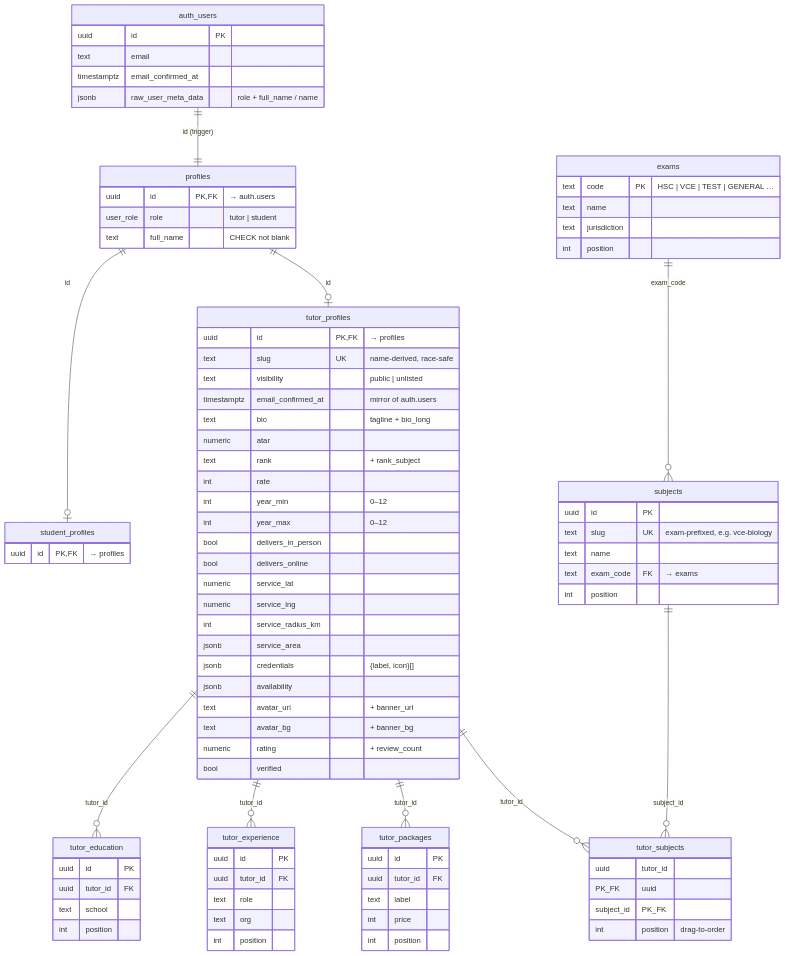
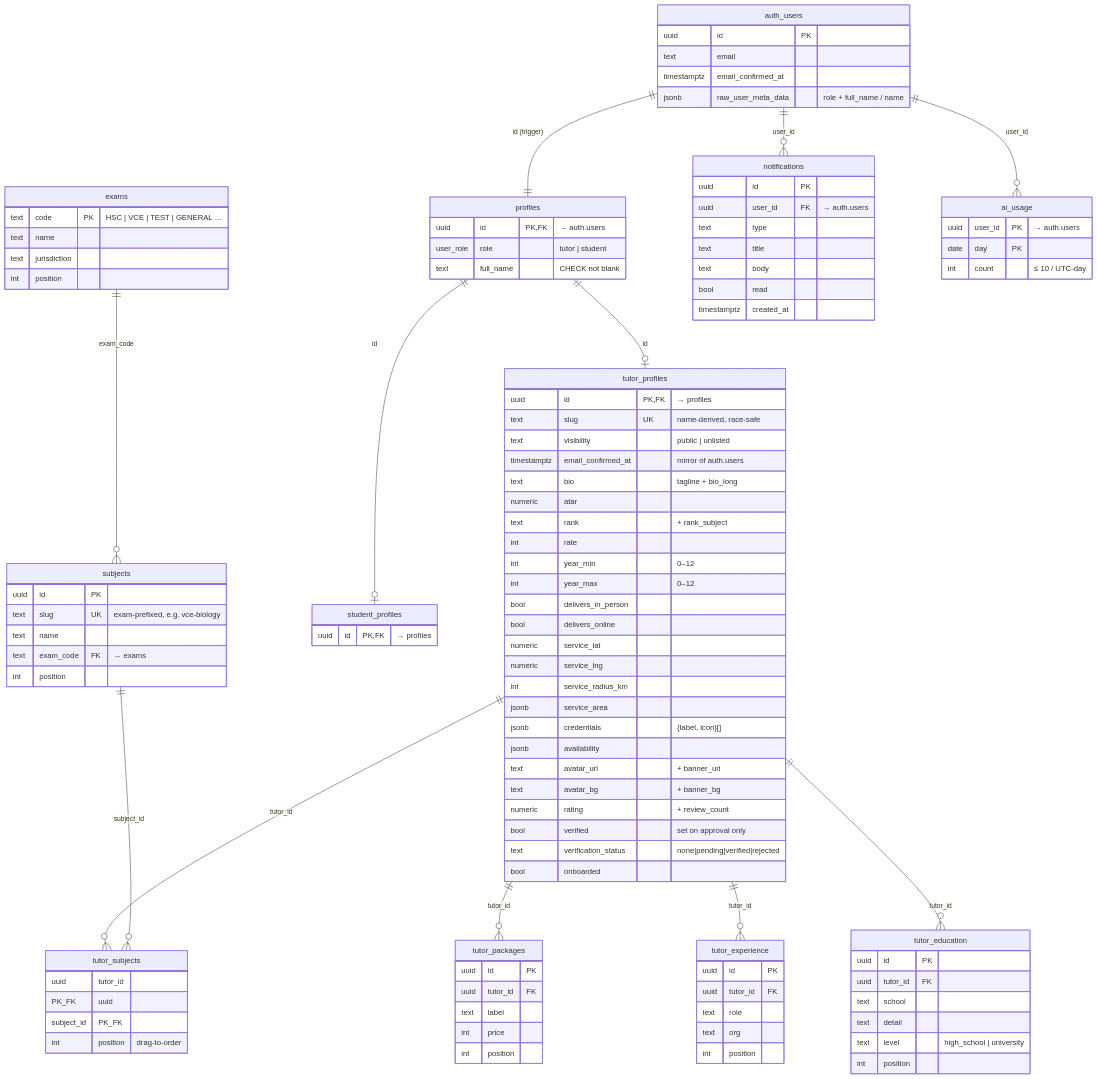
The seventh of 7 diagrams in README.md (Art4v/tutor-match), drawn with Mermaid before and after one commit. The commit also changed other lines of this file and 3 other files, not shown here.

````diff
--- a/README.md
+++ b/README.md
@@ -265,6 +326,8 @@
     tutor_profiles ||--o{ tutor_packages : "tutor_id"
     tutor_profiles ||--o{ tutor_experience : "tutor_id"
     tutor_profiles ||--o{ tutor_education : "tutor_id"
+    auth_users ||--o{ notifications : "user_id"
+    auth_users ||--o{ ai_usage : "user_id"
 
     auth_users {
         uuid id PK
@@ -299,7 +362,9 @@
         text avatar_url "+ banner_url"
         text avatar_bg "+ banner_bg"
         numeric rating "+ review_count"
-        bool verified
+        bool verified "set on approval only"
+        text verification_status "none|pending|verified|rejected"
+        bool onboarded
     }
     student_profiles {
         uuid id PK,FK "→ profiles"
@@ -340,6 +405,22 @@
         uuid id PK
         uuid tutor_id FK
         text school
+        text detail
+        text level "high_school | university"
         int position
     }
+    notifications {
+        uuid id PK
+        uuid user_id FK "→ auth.users"
+        text type
+        text title
+        text body
+        bool read
+        timestamptz created_at
+    }
+    ai_usage {
+        uuid user_id PK "→ auth.users"
+        date day PK
+        int count "≤ 10 / UTC-day"
+    }
 ```
````
